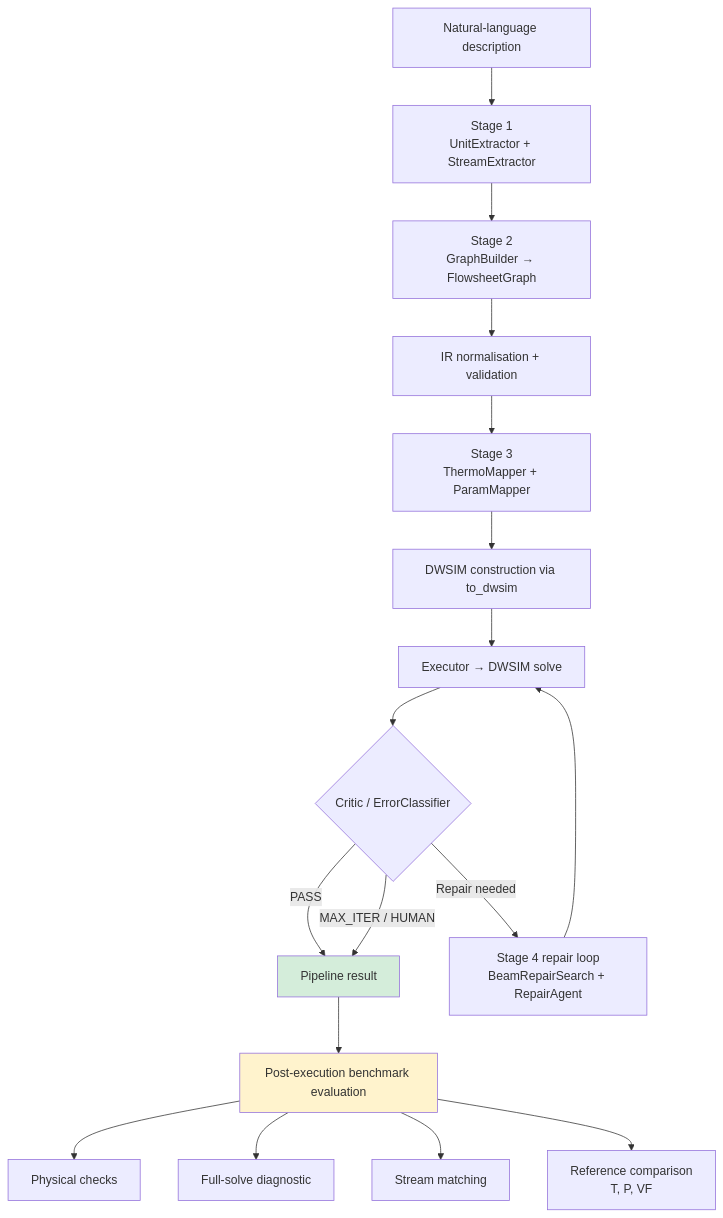
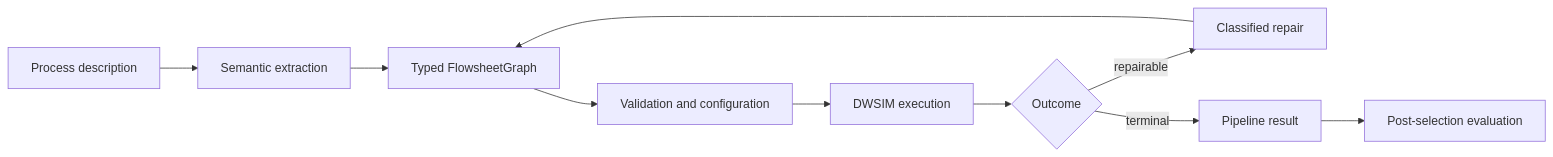
The diagram in README.md (hbadland/ChatPSE), drawn with Mermaid before and after one commit. The commit also changed other lines of this file, not shown here.

````diff
--- a/README.md
+++ b/README.md
@@ -39,23 +53,12 @@
 ```mermaid
-flowchart TD
-    A[Natural-language description] --> B[Stage 1\nUnitExtractor + StreamExtractor]
-    B --> C[Stage 2\nGraphBuilder → FlowsheetGraph]
-    C --> D[IR normalisation + validation]
-    D --> E[Stage 3\nThermoMapper + ParamMapper]
-    E --> F[DWSIM construction via to_dwsim]
-    F --> G[Executor → DWSIM solve]
-    G --> H{Critic / ErrorClassifier}
-    H -->|PASS| I[Pipeline result]
-    H -->|Repair needed| J[Stage 4 repair loop\nBeamRepairSearch + RepairAgent]
-    J --> G
-    H -->|MAX_ITER / HUMAN| I
-
-    I --> K[Post-execution benchmark evaluation]
-    K --> L[Physical checks]
-    K --> M[Full-solve diagnostic]
-    K --> N[Stream matching]
-    K --> O[Reference comparison\nT, P, VF]
-
-    style I fill:#d4edda
-    style K fill:#fff3cd
+flowchart LR
+    A[Process description] --> B[Semantic extraction]
+    B --> C[Typed FlowsheetGraph]
+    C --> D[Validation and configuration]
+    D --> E[DWSIM execution]
+    E --> F{Outcome}
+    F -->|repairable| G[Classified repair]
+    G --> C
+    F -->|terminal| H[Pipeline result]
+    H --> I[Post-selection evaluation]
 ```
````
